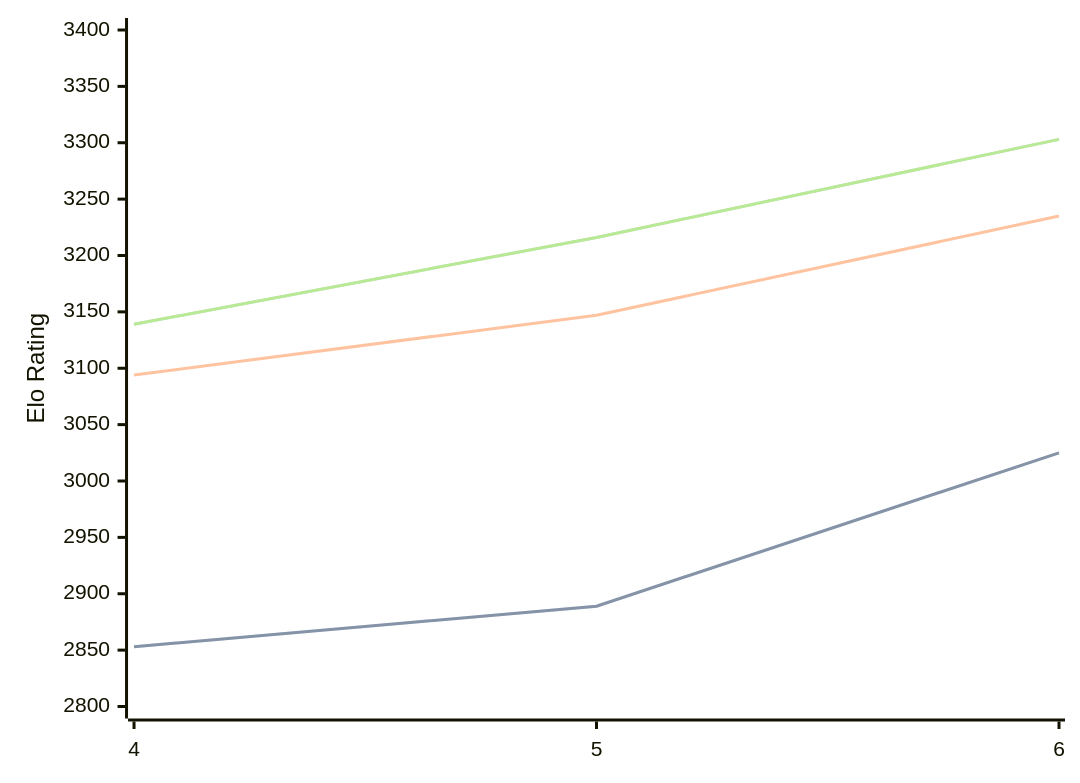
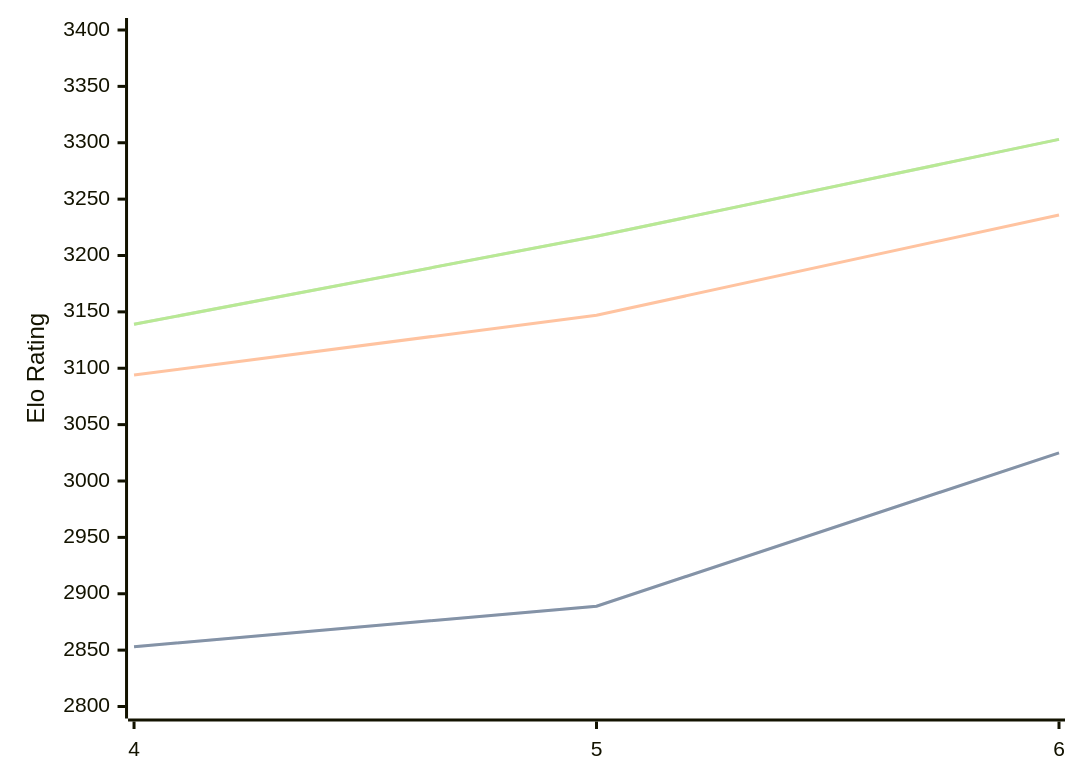
Before and after one commit to computer-chess-index/cci: the diagram in engines/Cwtch.md, drawn with Mermaid. The commit also changed other lines of this file, not shown here.

Commit message:
Update CCI Ratings (ELO VLTC) - 2026-10-07

````diff
--- a/engines/Cwtch.md
+++ b/engines/Cwtch.md
@@ -34,11 +34,11 @@
 ```mermaid
 %%{init: {"theme":"base","themeVariables":{"seriesColors:['#a3a3a3','#222221','#faa371']}}}%%
 xychart-beta
   x-axis ["4", "5", "6"]
   y-axis "Elo Rating" 2800 --> 3400
   line "" [2853, 2889, 3025]
   line "STC (8.0+0.08s)" [2853, 2889, 3025]
-  line "LTC (60.0+0.60s)" [3094, 3147, 3235]
-  line "" [3139, 3216, 3303]
-  line "VLTC (2m24s+1.12s)" [3139, 3216, 3303]
+  line "LTC (60.0+0.60s)" [3094, 3147, 3236]
+  line "" [3139, 3217, 3303]
+  line "VLTC (2m24s+1.12s)" [3139, 3217, 3303]
 ```
````
